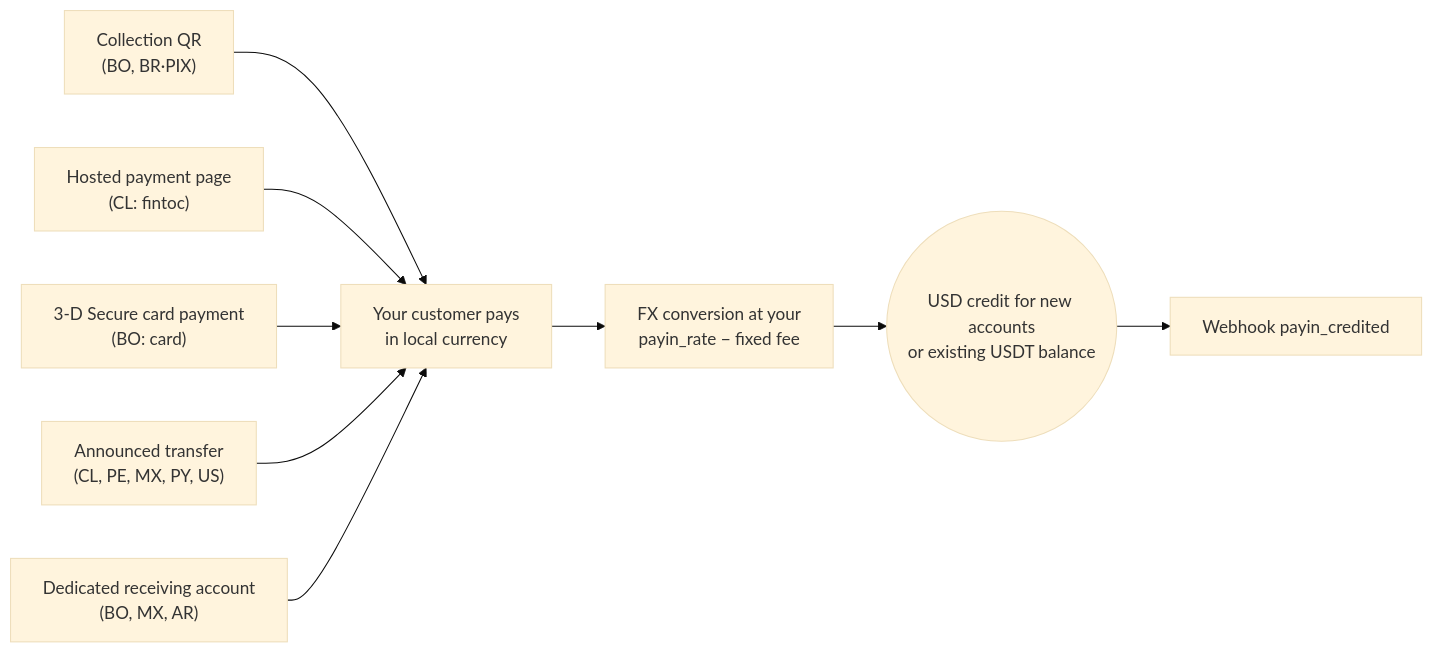
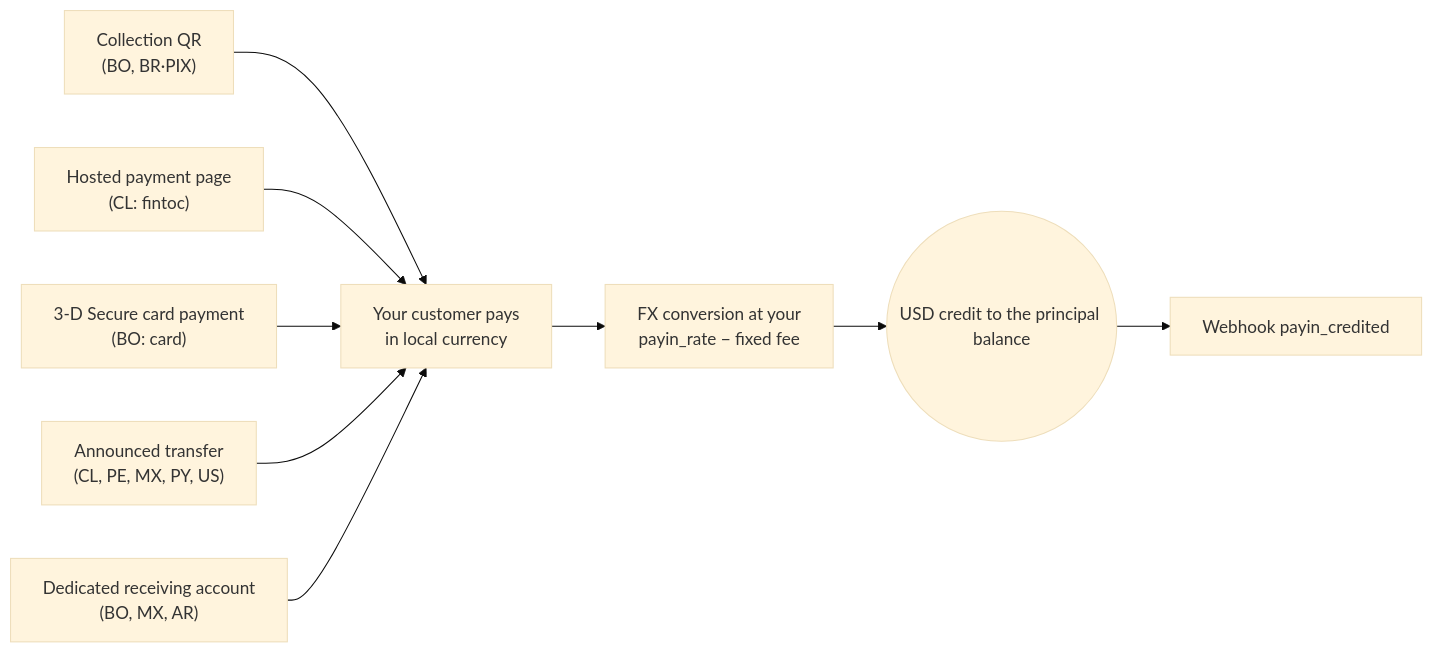
One commit to CBpayapp/cbpay-docs changed the diagram in en/guides/payins.mdx. Above: the diagram before and after it, drawn with Mermaid (base theme). The commit also changed other lines of this file and 147 other files, not shown here.

Commit message:
docs(banking-reorden): fondeo vs banking + USD principal (Qxchange d65fd695a) (#123)

````diff
--- a/en/guides/payins.mdx
+++ b/en/guides/payins.mdx
@@ -39,11 +37,11 @@
 ```mermaid
 flowchart LR
     qr["Collection QR<br/>(BO, BR·PIX)"] --> pay["Your customer pays<br/>in local currency"]
     hosted["Hosted payment page<br/>(CL: fintoc)"] --> pay
     card["3-D Secure card payment<br/>(BO: card)"] --> pay
     announced["Announced transfer<br/>(CL, PE, MX, PY, US)"] --> pay
     clabe["Dedicated receiving account<br/>(BO, MX, AR)"] --> pay
     pay --> conv["FX conversion at your<br/>payin_rate − fixed fee"]
-    conv --> credit(("USD credit for new accounts<br/>or existing USDT balance"))
+    conv --> credit(("USD credit to the principal balance"))
     credit --> wh["Webhook payin_credited"]
 ```
````
